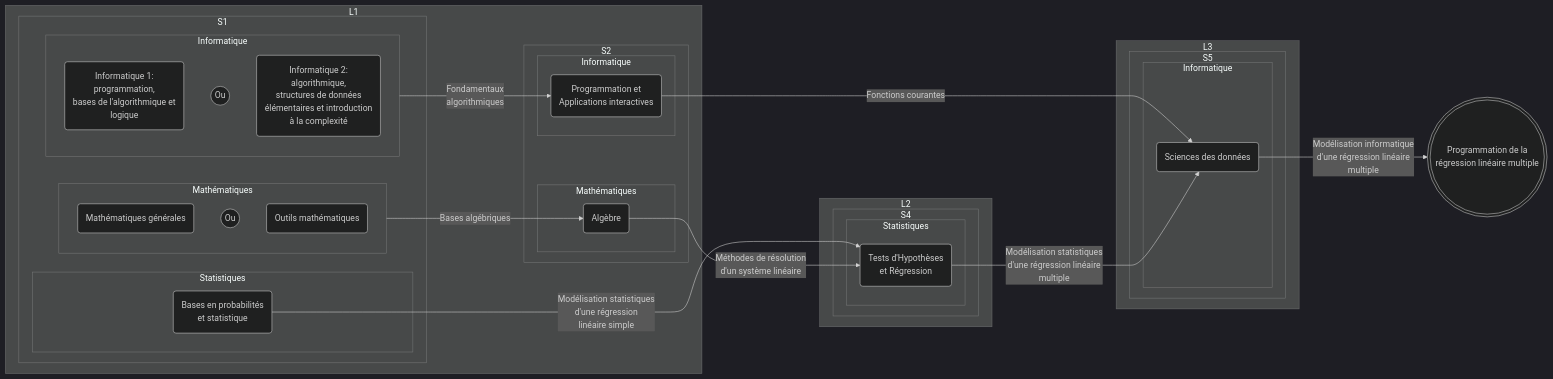
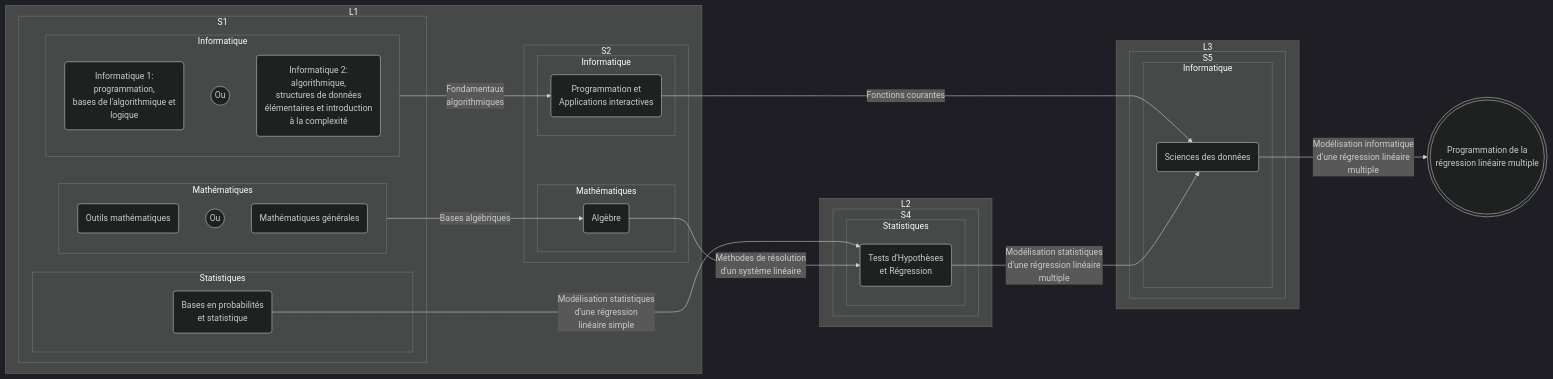
One commit to anthobeach/applications-concretes-des-apprentissages changed the diagram in README.md. Above: the diagram before and after it, drawn with Mermaid (dark theme).

Commit message:
Fix order of math topics in README

````diff
--- a/README.md
+++ b/README.md
@@ -9,65 +9,65 @@
 ```mermaid
 flowchart LR
 		subgraph le1[L1]
 				subgraph se1[S1]
 					subgraph stat1[Statistiques]
 				    id1(  Bases en probabilités <br> et statistique  )
 			    end
 			    subgraph info1[Informatique]
 					id2(  Informatique 1: <br> programmation, <br> bases de l'algorithmique et <br> logique  )
 				    id3((Ou))
 				    id4(  Informatique 2: <br> algorithmique, <br> structures de données <br> élémentaires et introduction <br> à la complexité  )
 			    end
 			    subgraph math1 [Mathématiques]
+         			id5(  Outils mathématiques  )
+					id6((Ou))
 					id7(  Mathématiques générales  )
-					id6((Ou))
-				    id5(  Outils mathématiques  )
 					end
 		    end
 		    subgraph se2[S2]
 			    subgraph math2[Mathématiques]
 				    id8(  Algèbre  )
 				  end
 				  subgraph info2[Informatique]
 					  id9(  Programmation et <br> Applications interactives  )
 				  end
 		    end
     end
     subgraph le2 [L2]
 	    subgraph se4[S4]
 		    subgraph stat2[Statistiques]
 			    id10(  Tests d'Hypothèses <br> et Régression  )
 			  end
 			end
     end
     subgraph le3 [L3]
 	    subgraph se5 [S5]
 		    subgraph info3 [Informatique]
 			    id11(  Sciences des données  )
 			  end
 			end
 	  end
     id12@{ shape: dbl-circ, label: Programmation de la <br> régression linéaire multiple }
     %% clickable links
 	    %% S1
 	    click id1 "https://formations.u-bordeaux.fr/details-formation?type=enseignement&id=27784"
 	    click id2 "https://formations.u-bordeaux.fr/details-formation?type=enseignement&id=38897"
 	    click id4 "https://formations.u-bordeaux.fr/details-formation?type=enseignement&id=38899"
 	    click id5 "https://formations.u-bordeaux.fr/details-formation?type=enseignement&id=38891"
 	    click id7 "https://formations.u-bordeaux.fr/details-formation?type=enseignement&id=38892"
 	    %% S2
 	    click id8 "https://formations.u-bordeaux.fr/details-formation?type=enseignement&id=27954"
 	    click id9 "https://formations.u-bordeaux.fr/details-formation?type=enseignement&id=27565"
 	    %% S4
 	    click id10 "https://formations.u-bordeaux.fr/details-formation?type=enseignement&id=73987"
 	    %% S5
 	    click id11 "https://formations.u-bordeaux.fr/details-formation?type=enseignement&id=28193"
 	 %% knowledge transfer
 		 id1 -- Modélisation statistiques <br> d'une régression <br> linéaire simple --> id10
 		 info1 -- Fondamentaux <br> algorithmiques  --> id9
 		 math1 -- Bases algébriques --> id8
 		 id8 -- Méthodes de résolution <br> d'un système linéaire --> id10
 		 id9 -- Fonctions courantes --> id11
 		 id10 -- Modélisation statistiques <br> d'une régression linéaire <br> multiple --> id11
 		 id11 -- Modélisation informatique <br> d'une régression linéaire <br> multiple --> id12
 ```
````
